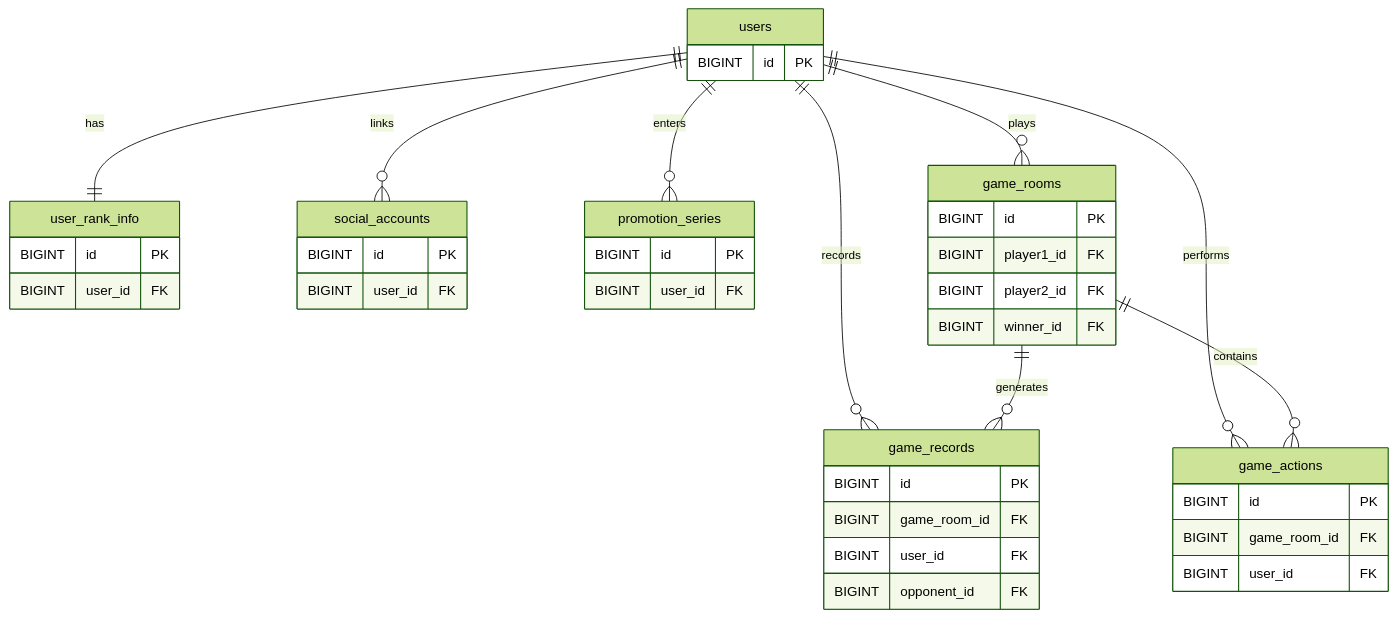
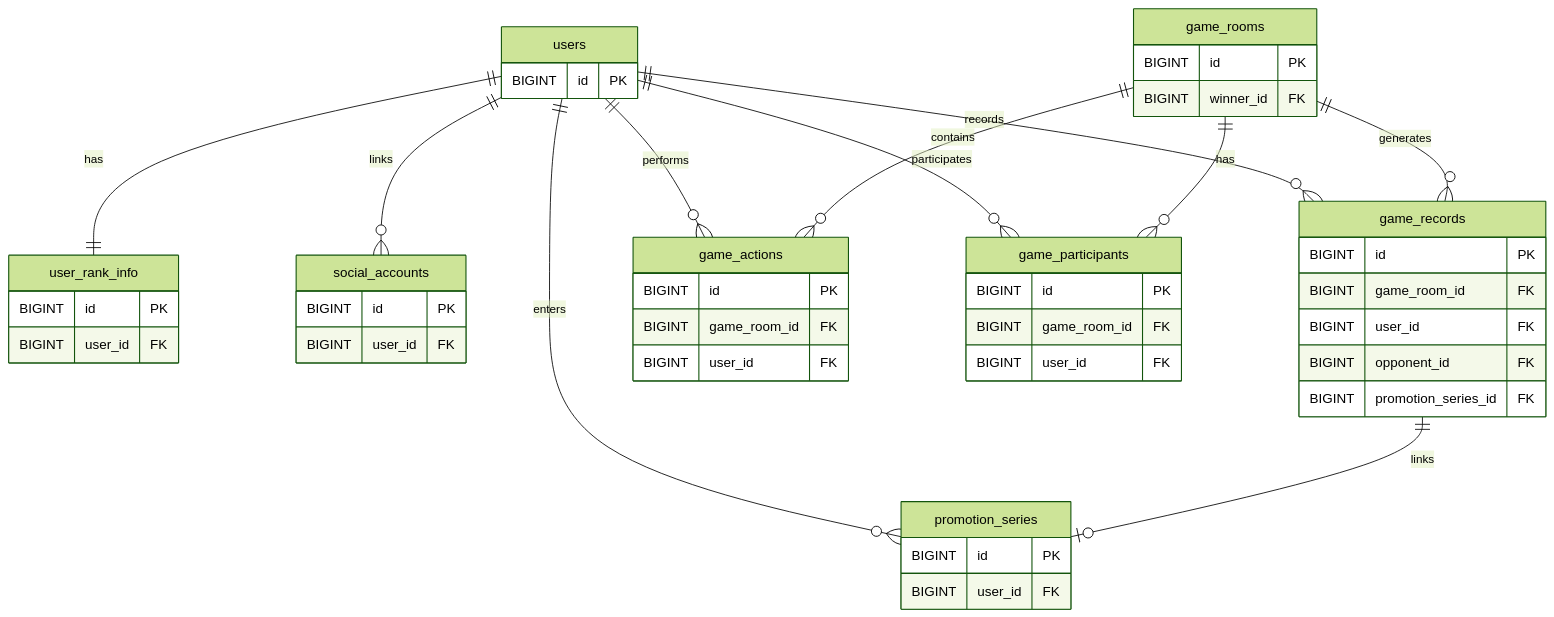
One commit to moonwhistle/League-of-Star changed the first of 5 diagrams in docs/DB/DDL.md. Above: the diagram before and after it, drawn with Mermaid (forest theme). The commit also changed other lines of this file and 21 other files, not shown here.

````diff
--- a/docs/DB/DDL.md
+++ b/docs/DB/DDL.md
@@ -7,44 +7,50 @@
 ```mermaid
 erDiagram
     users ||--|| user_rank_info : has
     users ||--o{ social_accounts : links
     users ||--o{ promotion_series : enters
     users ||--o{ game_records : records
     users ||--o{ game_actions : performs
-    users ||--o{ game_rooms : plays
+    users ||--o{ game_participants : participates
+    game_rooms ||--o{ game_participants : has
     game_rooms ||--o{ game_actions : contains
     game_rooms ||--o{ game_records : generates
+    game_records ||--o| promotion_series : links
 
     users {
         BIGINT id PK
     }
     social_accounts {
         BIGINT id PK
         BIGINT user_id FK
     }
     user_rank_info {
         BIGINT id PK
         BIGINT user_id FK
     }
     promotion_series {
         BIGINT id PK
         BIGINT user_id FK
     }
     game_rooms {
         BIGINT id PK
-        BIGINT player1_id FK
-        BIGINT player2_id FK
         BIGINT winner_id FK
+    }
+    game_participants {
+        BIGINT id PK
+        BIGINT game_room_id FK
+        BIGINT user_id FK
     }
     game_actions {
         BIGINT id PK
         BIGINT game_room_id FK
         BIGINT user_id FK
     }
     game_records {
         BIGINT id PK
         BIGINT game_room_id FK
         BIGINT user_id FK
         BIGINT opponent_id FK
+        BIGINT promotion_series_id FK
     }
 ```
````
